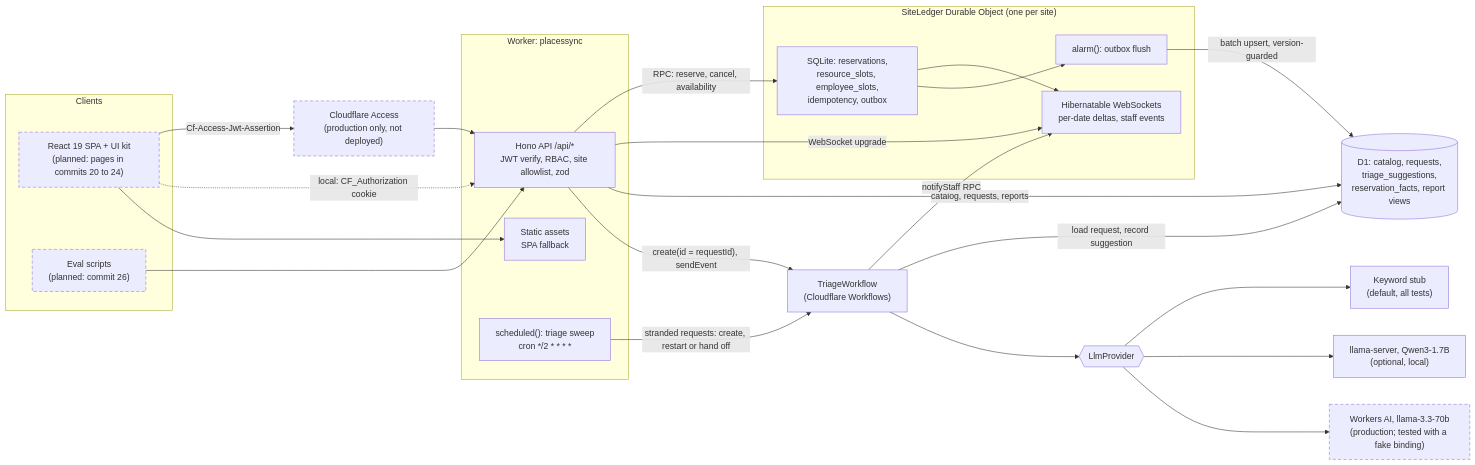
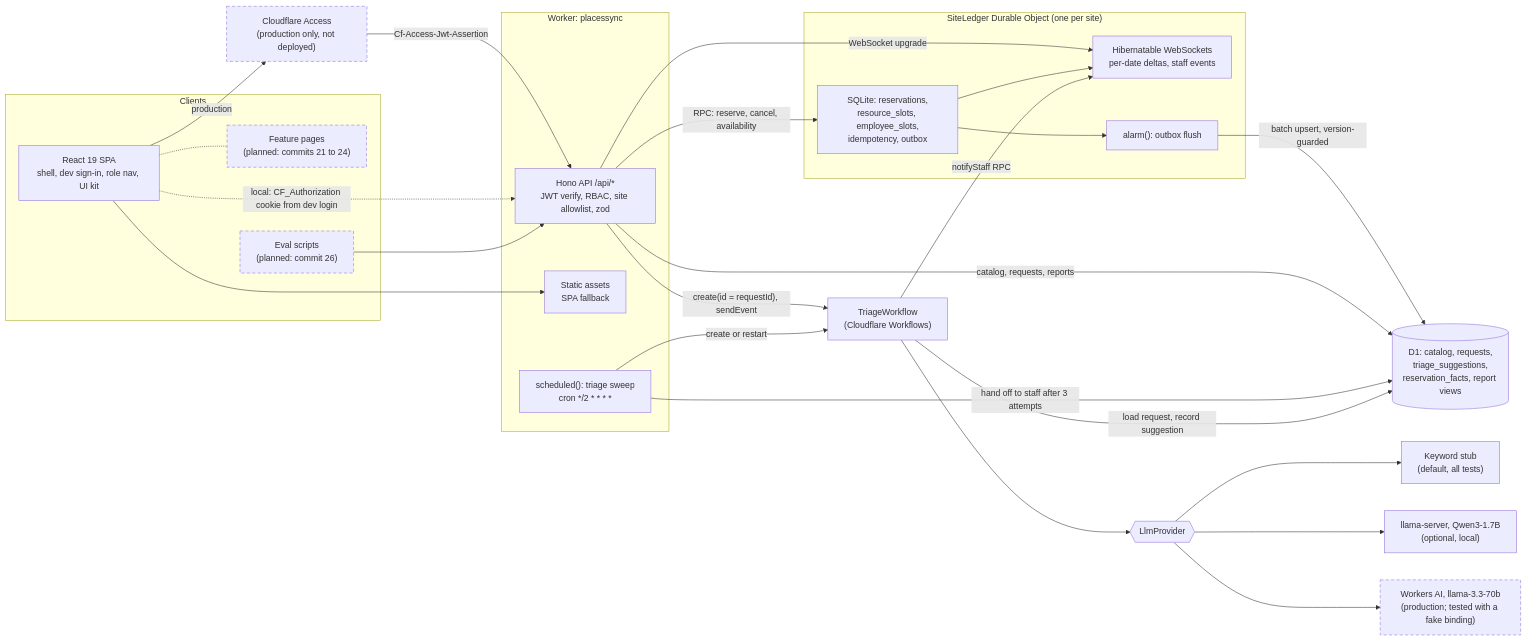
One commit to nitishsjsucs/placessync changed the first of 2 diagrams in README.md. Above: the diagram before and after it, drawn with Mermaid. The commit also changed other lines of this file and 12 other files, not shown here.

````diff
--- a/README.md
+++ b/README.md
@@ -78,46 +82,50 @@
 ```mermaid
 flowchart LR
   subgraph Clients
-    SPA["React 19 SPA + UI kit<br/>(planned: pages in commits 20 to 24)"]
+    SPA["React 19 SPA<br/>shell, dev sign-in, role nav, UI kit"]
+    PAGES["Feature pages<br/>(planned: commits 21 to 24)"]
     EVAL["Eval scripts<br/>(planned: commit 26)"]
   end
   ACCESS["Cloudflare Access<br/>(production only, not deployed)"]
   subgraph Worker["Worker: placessync"]
     API["Hono API /api/*<br/>JWT verify, RBAC, site allowlist, zod"]
     ASSETS["Static assets<br/>SPA fallback"]
     CRON["scheduled(): triage sweep<br/>cron */2 * * * *"]
   end
   subgraph DO["SiteLedger Durable Object (one per site)"]
     LEDGER["SQLite: reservations,<br/>resource_slots, employee_slots,<br/>idempotency, outbox"]
     WS["Hibernatable WebSockets<br/>per-date deltas, staff events"]
     ALARM["alarm(): outbox flush"]
   end
   D1[("D1: catalog, requests,<br/>triage_suggestions,<br/>reservation_facts, report views")]
   WF["TriageWorkflow<br/>(Cloudflare Workflows)"]
   LLM{{"LlmProvider"}}
   STUB["Keyword stub<br/>(default, all tests)"]
   LLAMA["llama-server, Qwen3-1.7B<br/>(optional, local)"]
   WAI["Workers AI, llama-3.3-70b<br/>(production; tested with a fake binding)"]
 
-  SPA -->|"Cf-Access-Jwt-Assertion"| ACCESS --> API
-  SPA -.->|"local: CF_Authorization cookie"| API
+  SPA -.- PAGES
+  SPA -->|"production"| ACCESS
+  ACCESS -->|"Cf-Access-Jwt-Assertion"| API
+  SPA -.->|"local: CF_Authorization cookie from dev login"| API
   SPA --> ASSETS
   EVAL --> API
   API -->|"RPC: reserve, cancel, availability"| LEDGER
   API -->|"WebSocket upgrade"| WS
   LEDGER --> WS
   LEDGER --> ALARM
   ALARM -->|"batch upsert, version-guarded"| D1
   API -->|"catalog, requests, reports"| D1
   API -->|"create(id = requestId), sendEvent"| WF
-  CRON -->|"stranded requests: create, restart or hand off"| WF
+  CRON -->|"create or restart"| WF
+  CRON -->|"hand off to staff after 3 attempts"| D1
   WF -->|"load request, record suggestion"| D1
   WF -->|"notifyStaff RPC"| WS
   WF --> LLM
   LLM --> STUB
   LLM --> LLAMA
   LLM --> WAI
 
   classDef planned stroke-dasharray: 6 4
-  class SPA,EVAL,ACCESS,WAI planned
+  class PAGES,EVAL,ACCESS,WAI planned
 ```
````
